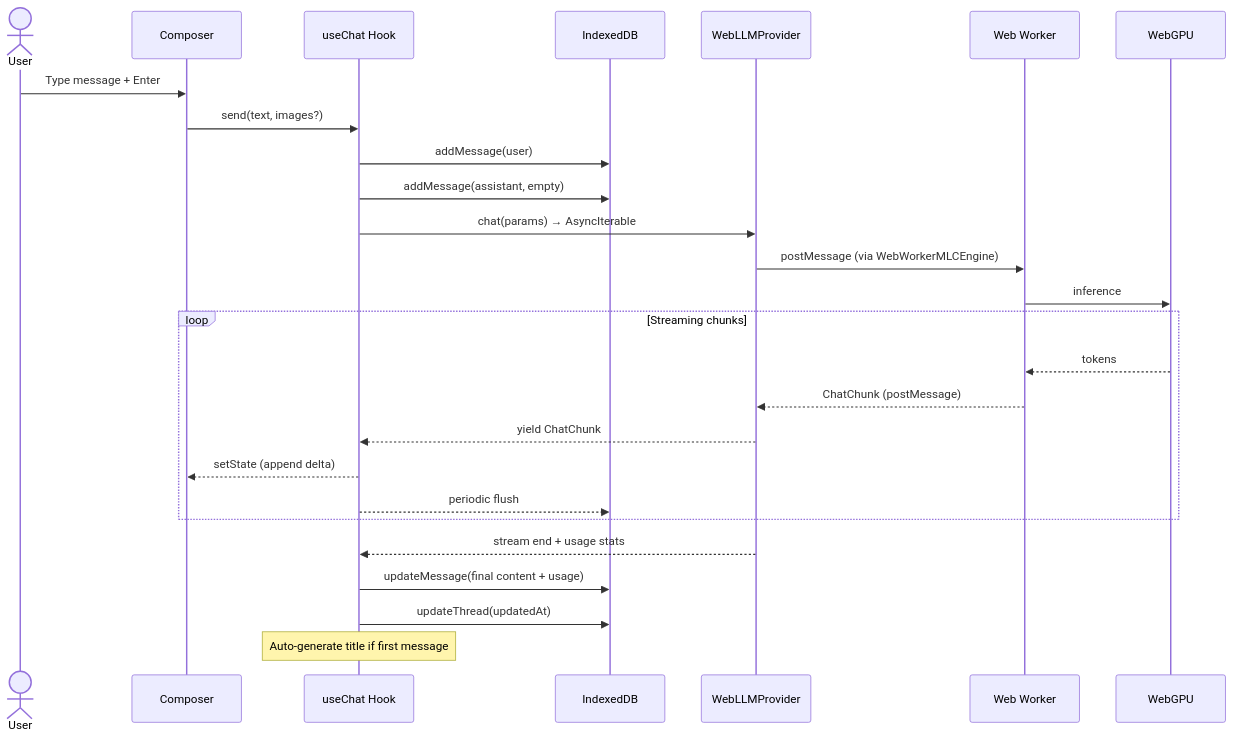
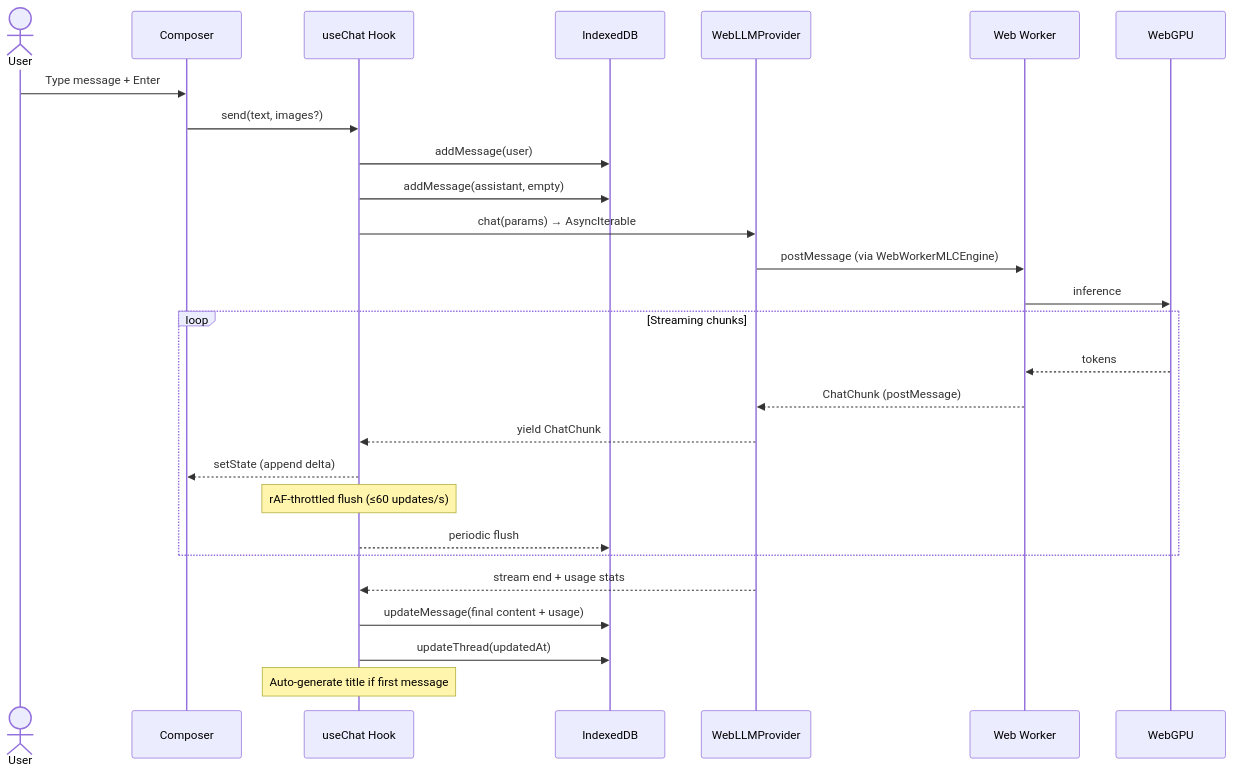
One commit to RJTPP/htllm changed the third of 4 diagrams in docs/sdd/04-architecture-overview.md. Above: the diagram before and after it, drawn with Mermaid. The commit also changed other lines of this file and 14 other files, not shown here.

Commit message:
doc: update software design documentation with new architectural decisions, performance optimizations, and resolved project milestones.

````diff
--- a/docs/sdd/04-architecture-overview.md
+++ b/docs/sdd/04-architecture-overview.md
@@ -90,29 +99,30 @@
 ```mermaid
 sequenceDiagram
     actor User
     participant Composer
     participant useChat as useChat Hook
     participant IDB as IndexedDB
     participant Provider as WebLLMProvider
     participant Worker as Web Worker
     participant GPU as WebGPU
 
     User->>Composer: Type message + Enter
     Composer->>useChat: send(text, images?)
     useChat->>IDB: addMessage(user)
     useChat->>IDB: addMessage(assistant, empty)
     useChat->>Provider: chat(params) → AsyncIterable
     Provider->>Worker: postMessage (via WebWorkerMLCEngine)
     Worker->>GPU: inference
     loop Streaming chunks
         GPU-->>Worker: tokens
         Worker-->>Provider: ChatChunk (postMessage)
         Provider-->>useChat: yield ChatChunk
         useChat-->>Composer: setState (append delta)
+        Note over useChat: rAF-throttled flush (≤60 updates/s)
         useChat-->>IDB: periodic flush
     end
     Provider-->>useChat: stream end + usage stats
     useChat->>IDB: updateMessage(final content + usage)
     useChat->>IDB: updateThread(updatedAt)
     Note over useChat: Auto-generate title if first message
 ```
````
